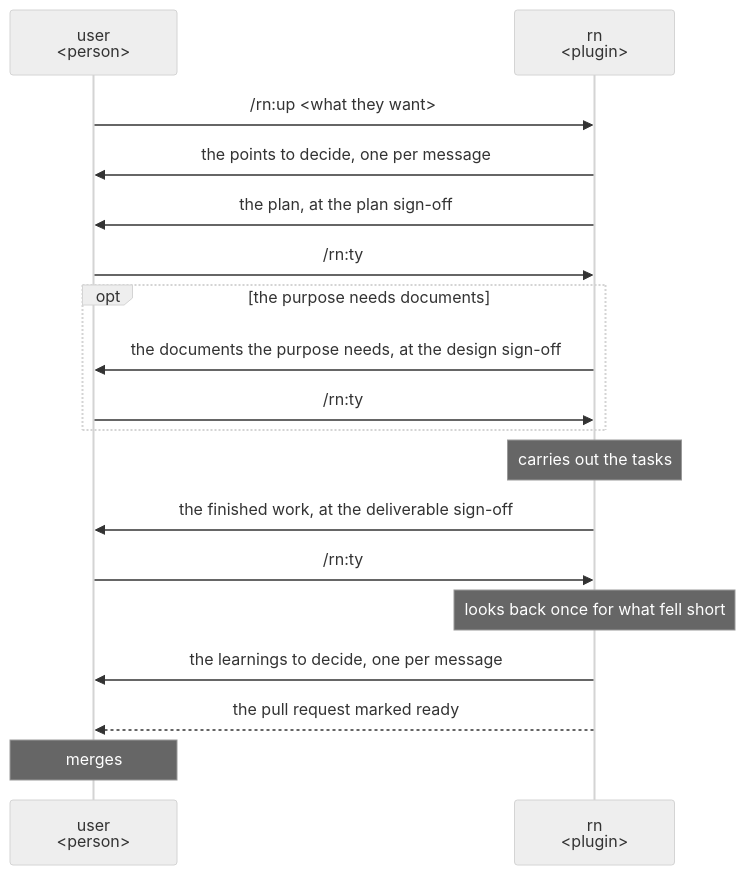
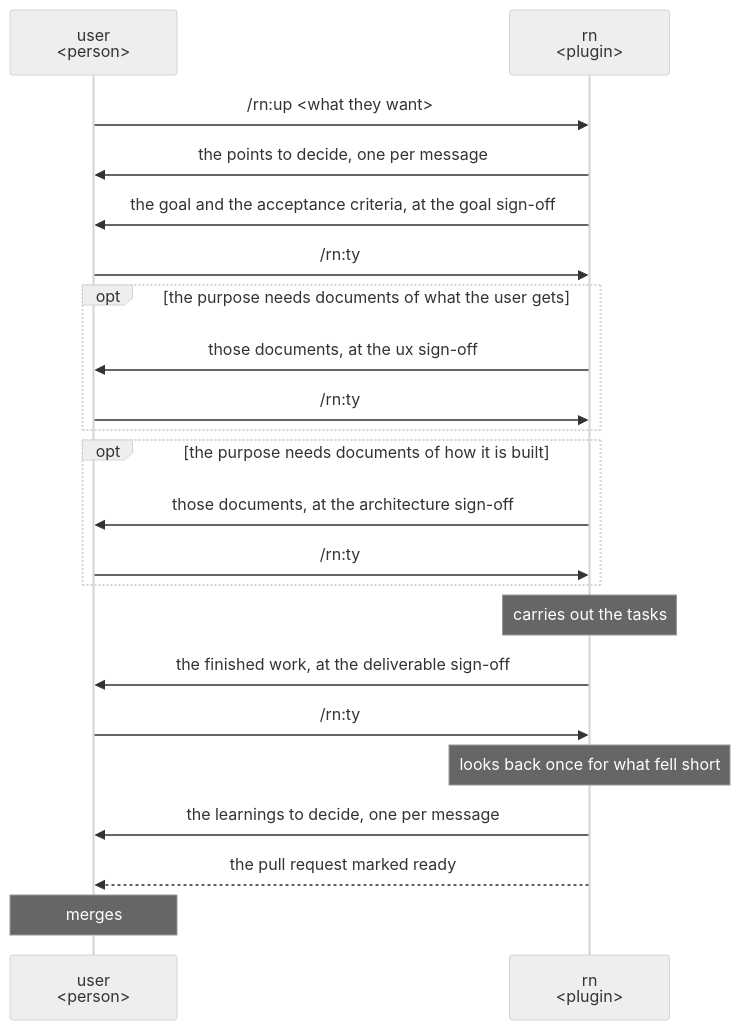
The first of 5 diagrams in dev/rn/ux.md (lovaizu/ccpm), drawn with Mermaid (neutral theme) before and after one commit. The commit also changed other lines of this file and 1 other file, not shown here.

````diff
--- a/dev/rn/ux.md
+++ b/dev/rn/ux.md
@@ -55,20 +57,24 @@
 ```mermaid
 sequenceDiagram
   participant U as user<br/>#lt;person#gt;
   participant R as rn<br/>#lt;plugin#gt;
   U->>R: /rn:up #lt;what they want#gt;
   R->>U: the points to decide, one per message
-  R->>U: the plan, at the plan sign-off
+  R->>U: the goal and the acceptance criteria, at the goal sign-off
   U->>R: /rn:ty
-  opt the purpose needs documents
-    R->>U: the documents the purpose needs, at the design sign-off
+  opt the purpose needs documents of what the user gets
+    R->>U: those documents, at the ux sign-off
+    U->>R: /rn:ty
+  end
+  opt the purpose needs documents of how it is built
+    R->>U: those documents, at the architecture sign-off
     U->>R: /rn:ty
   end
   Note over R: carries out the tasks
   R->>U: the finished work, at the deliverable sign-off
   U->>R: /rn:ty
   Note over R: looks back once for what fell short
   R->>U: the learnings to decide, one per message
   R-->>U: the pull request marked ready
   Note over U: merges
 ```
````
